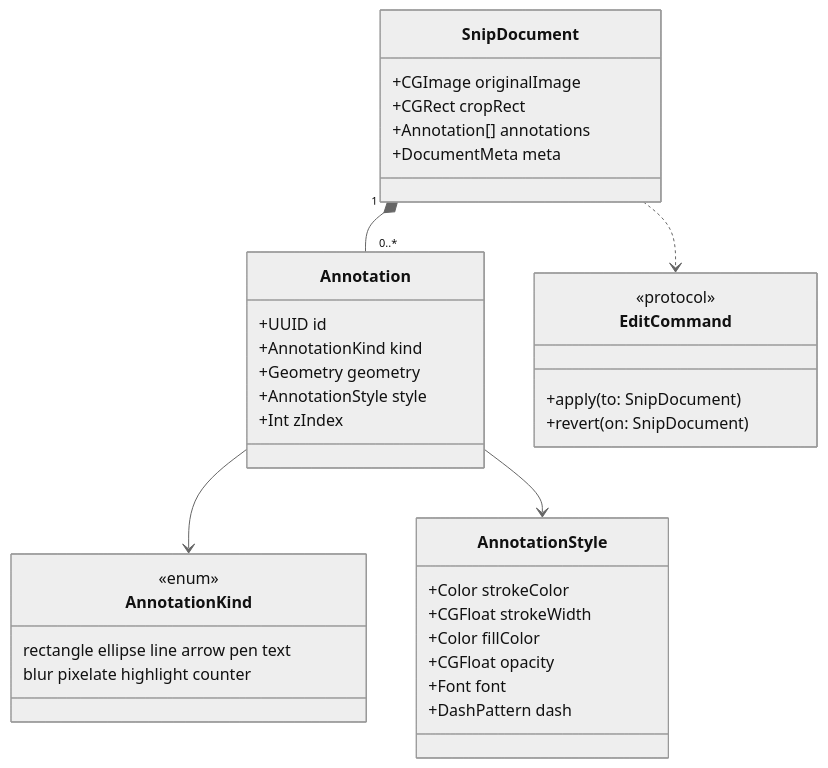
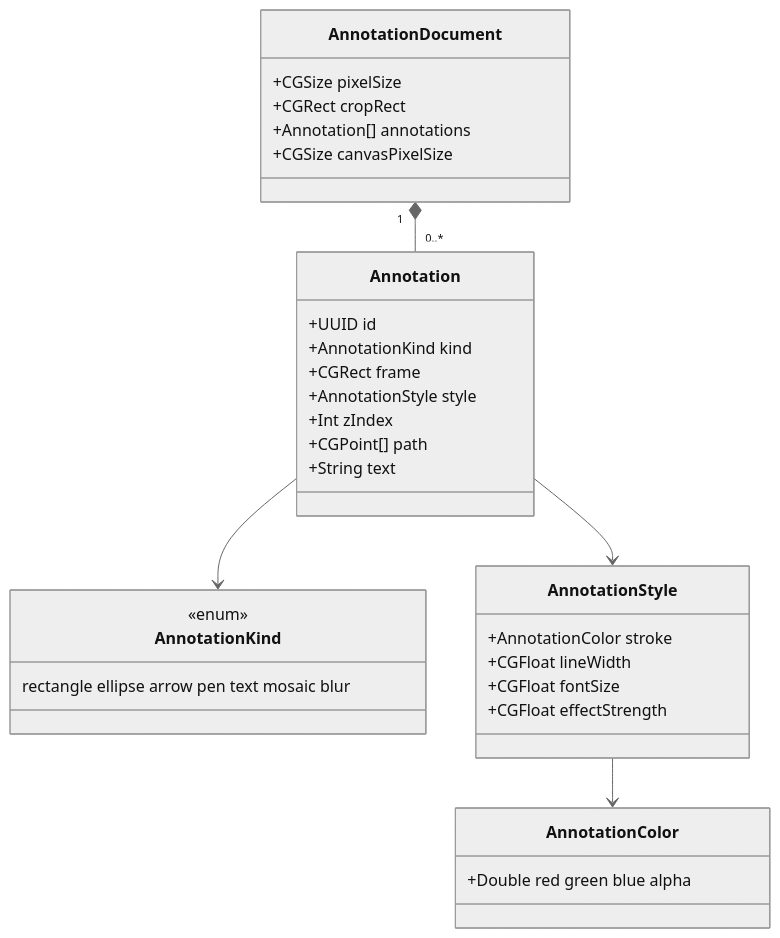
Before and after one commit to tangzzz-fan/Marquee: the third of 4 diagrams in docs/PRD.md, drawn with Mermaid (neutral theme). The commit also changed other lines of this file and 5 other files, not shown here.

````diff
--- a/docs/PRD.md
+++ b/docs/PRD.md
@@ -336,38 +439,35 @@
 ```mermaid
 classDiagram
-    class SnipDocument {
-        +CGImage originalImage
+    class AnnotationDocument {
+        +CGSize pixelSize
         +CGRect cropRect
         +Annotation[] annotations
-        +DocumentMeta meta
+        +CGSize canvasPixelSize
     }
     class Annotation {
         +UUID id
         +AnnotationKind kind
-        +Geometry geometry
+        +CGRect frame
         +AnnotationStyle style
         +Int zIndex
+        +CGPoint[] path
+        +String text
     }
     class AnnotationKind {
         <<enum>>
-        rectangle ellipse line arrow pen text
-        blur pixelate highlight counter
+        rectangle ellipse arrow pen text mosaic blur
     }
     class AnnotationStyle {
-        +Color strokeColor
-        +CGFloat strokeWidth
-        +Color fillColor
-        +CGFloat opacity
-        +Font font
-        +DashPattern dash
+        +AnnotationColor stroke
+        +CGFloat lineWidth
+        +CGFloat fontSize
+        +CGFloat effectStrength
     }
-    class EditCommand {
-        <<protocol>>
-        +apply(to: SnipDocument)
-        +revert(on: SnipDocument)
+    class AnnotationColor {
+        +Double red green blue alpha
     }
-    SnipDocument "1" *-- "0..*" Annotation
+    AnnotationDocument "1" *-- "0..*" Annotation
     Annotation --> AnnotationKind
     Annotation --> AnnotationStyle
-    SnipDocument ..> EditCommand
+    AnnotationStyle --> AnnotationColor
 ```
````
